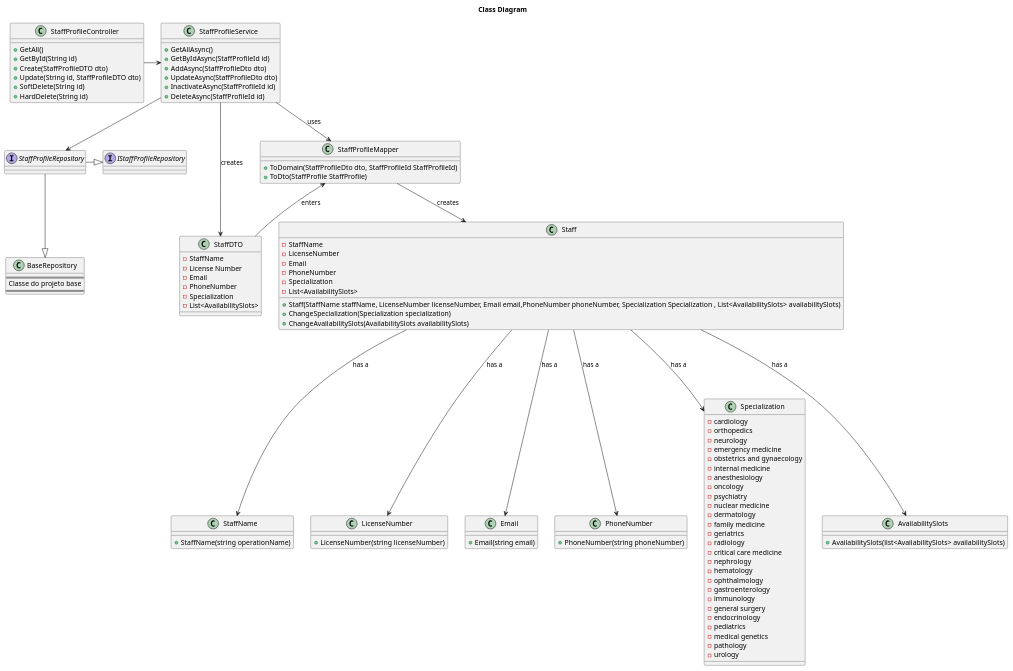
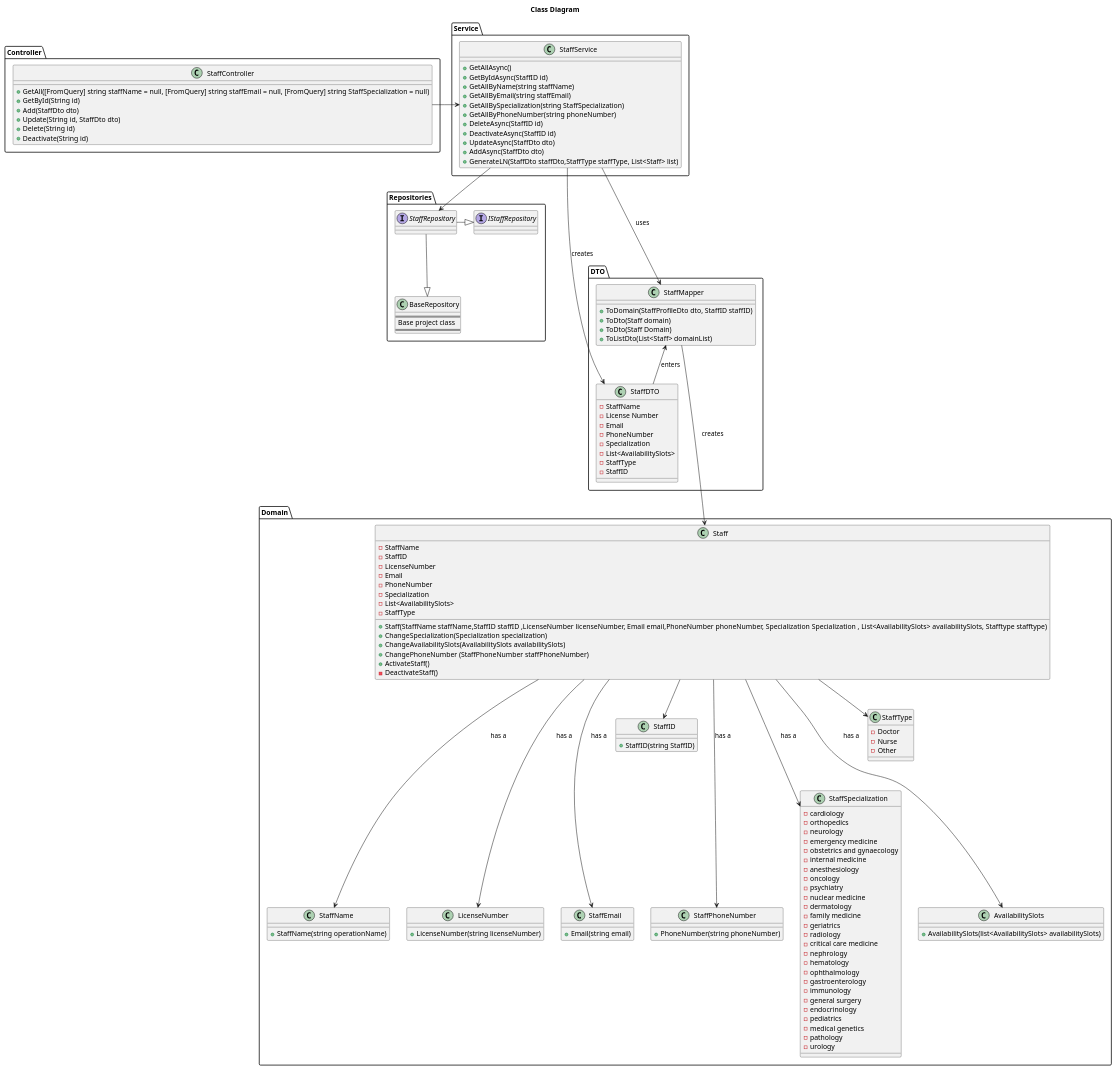
One commit to MiguelCardoso77/SurgicalSync-BackEnd changed the diagram in Wiki/SprintA/diagrams/use-cases/18-create-a-new-staff-profile/class-diagram.puml. Above: the diagram before and after it, drawn with PlantUML. The commit also changed 5 other files, not shown here.

```diff
--- a/Wiki/SprintA/diagrams/use-cases/18-create-a-new-staff-profile/class-diagram.puml
+++ b/Wiki/SprintA/diagrams/use-cases/18-create-a-new-staff-profile/class-diagram.puml
@@ -1,132 +1,171 @@
 @startuml
 
 title Class Diagram
 
+
+
+package "Controller"{
+
+class StaffController {
+    + GetAll([FromQuery] string staffName = null, [FromQuery] string staffEmail = null, [FromQuery] string  StaffSpecialization = null)
+    + GetById(String id)
+    + Add(StaffDto dto)
+    + Update(String id, StaffDto dto)
+    + Delete(String id)
+    + Deactivate(String id)
+    
+}
+}
+
+package Domain  {
 class Staff {
     - StaffName
+    - StaffID
     - LicenseNumber
     - Email
     - PhoneNumber
     - Specialization
     - List<AvailabilitySlots>
-    + Staff(StaffName staffName, LicenseNumber licenseNumber, Email email,PhoneNumber phoneNumber, Specialization Specialization , List<AvailabilitySlots> availabilitySlots)
+    - StaffType
+    + Staff(StaffName staffName,StaffID staffID ,LicenseNumber licenseNumber, Email email,PhoneNumber phoneNumber, Specialization Specialization , List<AvailabilitySlots> availabilitySlots, Stafftype stafftype)
     + ChangeSpecialization(Specialization specialization)
     + ChangeAvailabilitySlots(AvailabilitySlots availabilitySlots)
- 
-}
-
-class StaffDTO {
-    - StaffName
-    - License Number
-    - Email
-    - PhoneNumber
-    - Specialization
-    - List<AvailabilitySlots>    
-}
-
-class StaffProfileController {
-    + GetAll()
-    + GetById(String id)
-    + Create(StaffProfileDTO dto)
-    + Update(String id, StaffProfileDTO dto)
-    + SoftDelete(String id)
-    + HardDelete(String id)
+    + ChangePhoneNumber (StaffPhoneNumber staffPhoneNumber)
+    + ActivateStaff()
+    - DeactivateStaff()
     
 }
-
 class StaffName {
     + StaffName(string operationName)
 }
 
 class LicenseNumber {
     + LicenseNumber(string licenseNumber)
 }
 
-class Email {
+class StaffEmail {
     + Email(string email)
 }
 
-class PhoneNumber {
+class StaffID {
+    + StaffID(string StaffID)
+}
+
+class StaffPhoneNumber {
     + PhoneNumber(string phoneNumber)
 }
 
-class Specialization {
+class StaffSpecialization {
                 - cardiology
                 - orthopedics
                 - neurology
                 - emergency medicine
                 - obstetrics and gynaecology
                 - internal medicine
                 - anesthesiology
                 - oncology
                 - psychiatry
                 - nuclear medicine
                 - dermatology
                 - family medicine
                 - geriatrics
                 - radiology
                 - critical care medicine
                 - nephrology
                 - hematology
                 - ophthalmology
                 - gastroenterology
                 - immunology
                 - general surgery 
                 - endocrinology
                 - pediatrics
                 - medical genetics
                 - pathology
                 - urology
 }
 
 class AvailabilitySlots {
     + AvailabilitySlots(list<AvailabilitySlots> availabilitySlots)
 }
-
-
-
-class StaffProfileService {
-    + GetAllAsync()
-    + GetByIdAsync(StaffProfileId id)
-    + AddAsync(StaffProfileDto dto)
-    + UpdateAsync(StaffProfileDto dto)
-    + InactivateAsync(StaffProfileId id)
-    + DeleteAsync(StaffProfileId id)
+class StaffType {
+    - Doctor
+    - Nurse
+    - Other
+  }
 }
 
-interface IStaffProfileRepository {
+package "Service"{
+
+class StaffService {
+    + GetAllAsync()
+    + GetByIdAsync(StaffID id)
+    + GetAllByName(string staffName)
+    + GetAllByEmail(string staffEmail)
+    + GetAllBySpecialization(string StaffSpecialization)
+    + GetAllByPhoneNumber(string phoneNumber)
+    + DeleteAsync(StaffID id)
+    + DeactivateAsync(StaffID id)
+    + UpdateAsync(StaffDto dto)
+    + AddAsync(StaffDto dto)
+    + GenerateLN(StaffDto staffDto,StaffType staffType, List<Staff> list)
+
 }
 
-interface StaffProfileRepository {
+}
+package Repositories{
+interface IStaffRepository {
+}
+
+interface StaffRepository {
 }
 
 class BaseRepository {
     ====
-    Classe do projeto base
+    Base project class
     ====
 }
+}
+package "DTO"{
 
-class StaffProfileMapper {
-    + ToDomain(StaffProfileDto dto, StaffProfileId StaffProfileId)
-    + ToDto(StaffProfile StaffProfile)
+class StaffMapper {
+    + ToDomain(StaffProfileDto dto, StaffID staffID)
+    + ToDto(Staff domain)
+    + ToDto(Staff Domain)
+    + ToListDto(List<Staff> domainList)
 }
 
-StaffProfileController -> StaffProfileService
-StaffProfileService --> StaffProfileMapper : uses
-StaffProfileService -> StaffDTO : creates
+class StaffDTO {
+    - StaffName
+    - License Number
+    - Email
+    - PhoneNumber
+    - Specialization
+    - List<AvailabilitySlots>  
+    - StaffType  
+    - StaffID
+}
+}
 
-StaffProfileMapper <-- StaffDTO : enters
-StaffProfileMapper --> Staff : creates
+
+StaffController -> StaffService
+StaffService ---> StaffMapper : uses
+StaffService -> StaffDTO : creates
+
+StaffMapper <-- StaffDTO : enters
+StaffMapper ---> Staff : creates
 
 Staff ---> StaffName : has a
 Staff ---> LicenseNumber : has a
-Staff ---> Email : has a
-Staff ---> PhoneNumber : has a
-Staff ---> Specialization : has a
+Staff ---> StaffEmail : has a
+Staff ---> StaffPhoneNumber : has a
+Staff ---> StaffSpecialization : has a
 Staff ---> AvailabilitySlots : has a
+Staff --> StaffType
+Staff --> StaffID
 
-StaffProfileService --> StaffProfileRepository
-StaffProfileRepository --|> BaseRepository
-StaffProfileRepository -|> IStaffProfileRepository
 
+
+StaffService --> StaffRepository
+StaffRepository --|> BaseRepository
+StaffRepository -|> IStaffRepository
 @enduml
```
